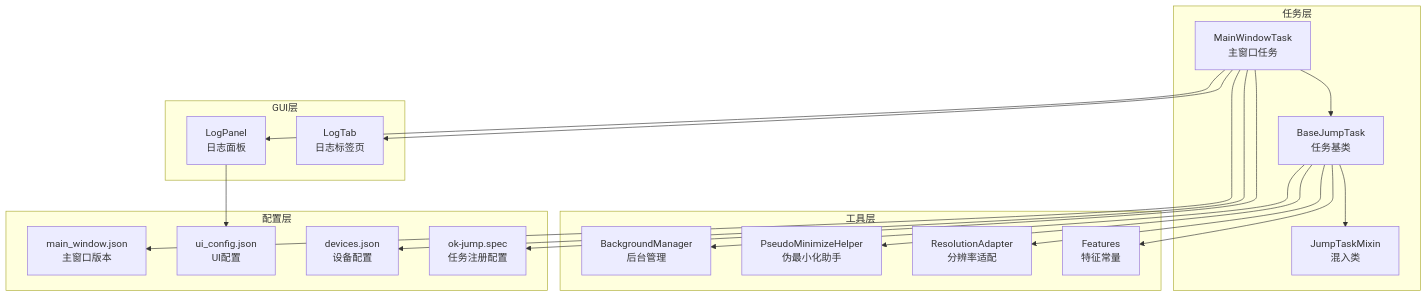
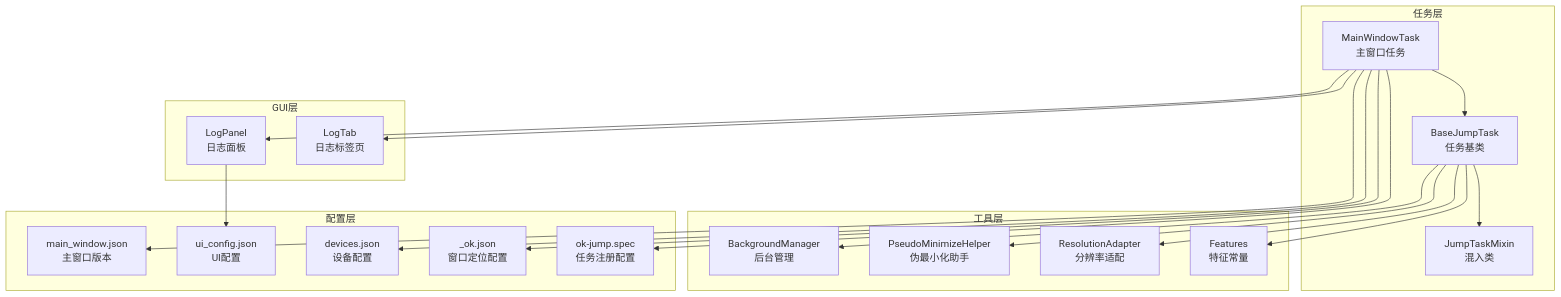
One commit to xsy098-max/ok-jump changed the first of 6 diagrams in .qoder/repowiki/zh/content/图形界面系统/主窗口任务.md. Above: the diagram before and after it, drawn with Mermaid. The commit also changed other lines of this file and 19 other files, not shown here.

````diff
--- a/.qoder/repowiki/zh/content/图形界面系统/主窗口任务.md
+++ b/.qoder/repowiki/zh/content/图形界面系统/主窗口任务.md
@@ -52,36 +55,38 @@
 ```mermaid
 graph TB
 subgraph "任务层"
 MWT["MainWindowTask<br/>主窗口任务"]
 BJT["BaseJumpTask<br/>任务基类"]
 MIX["JumpTaskMixin<br/>混入类"]
 end
 subgraph "工具层"
 BM["BackgroundManager<br/>后台管理"]
 PMH["PseudoMinimizeHelper<br/>伪最小化助手"]
 RA["ResolutionAdapter<br/>分辨率适配"]
 FEAT["Features<br/>特征常量"]
 end
 subgraph "GUI层"
 LP["LogPanel<br/>日志面板"]
 LT["LogTab<br/>日志标签页"]
 end
 subgraph "配置层"
 MWCFG["main_window.json<br/>主窗口版本"]
 UICFG["ui_config.json<br/>UI配置"]
 DEVCFG["devices.json<br/>设备配置"]
+OKCFG["_ok.json<br/>窗口定位配置"]
 SPEC["ok-jump.spec<br/>任务注册配置"]
 end
 MWT --> BJT
 BJT --> MIX
 BJT --> BM
 BJT --> PMH
 BJT --> RA
 BJT --> FEAT
 MWT --> LP
 MWT --> LT
 MWT --> MWCFG
 LP --> UICFG
 MWT --> DEVCFG
+MWT --> OKCFG
 MWT --> SPEC
 ```
````
